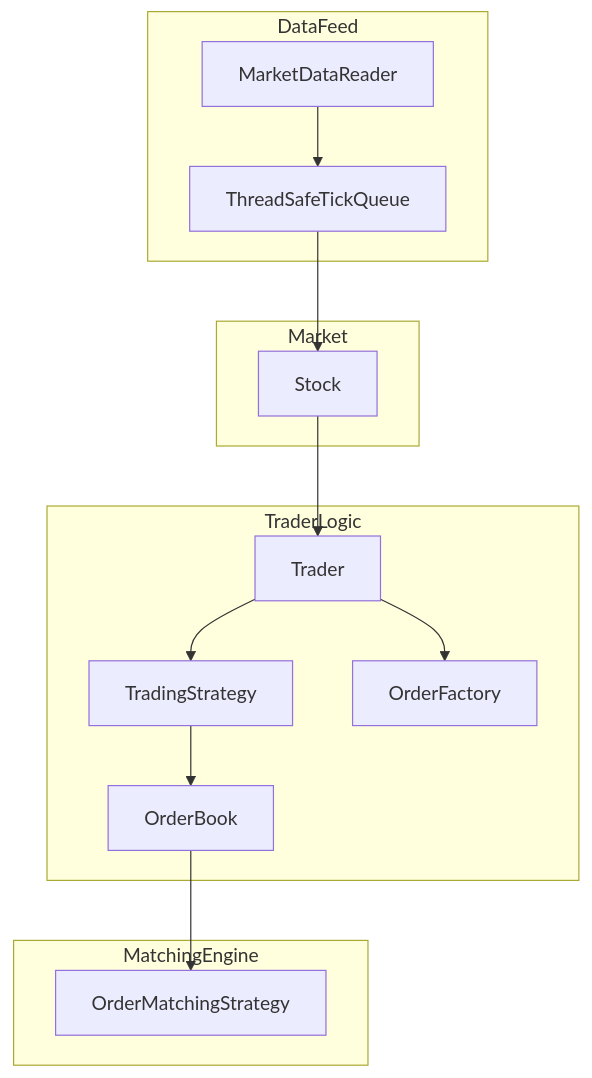
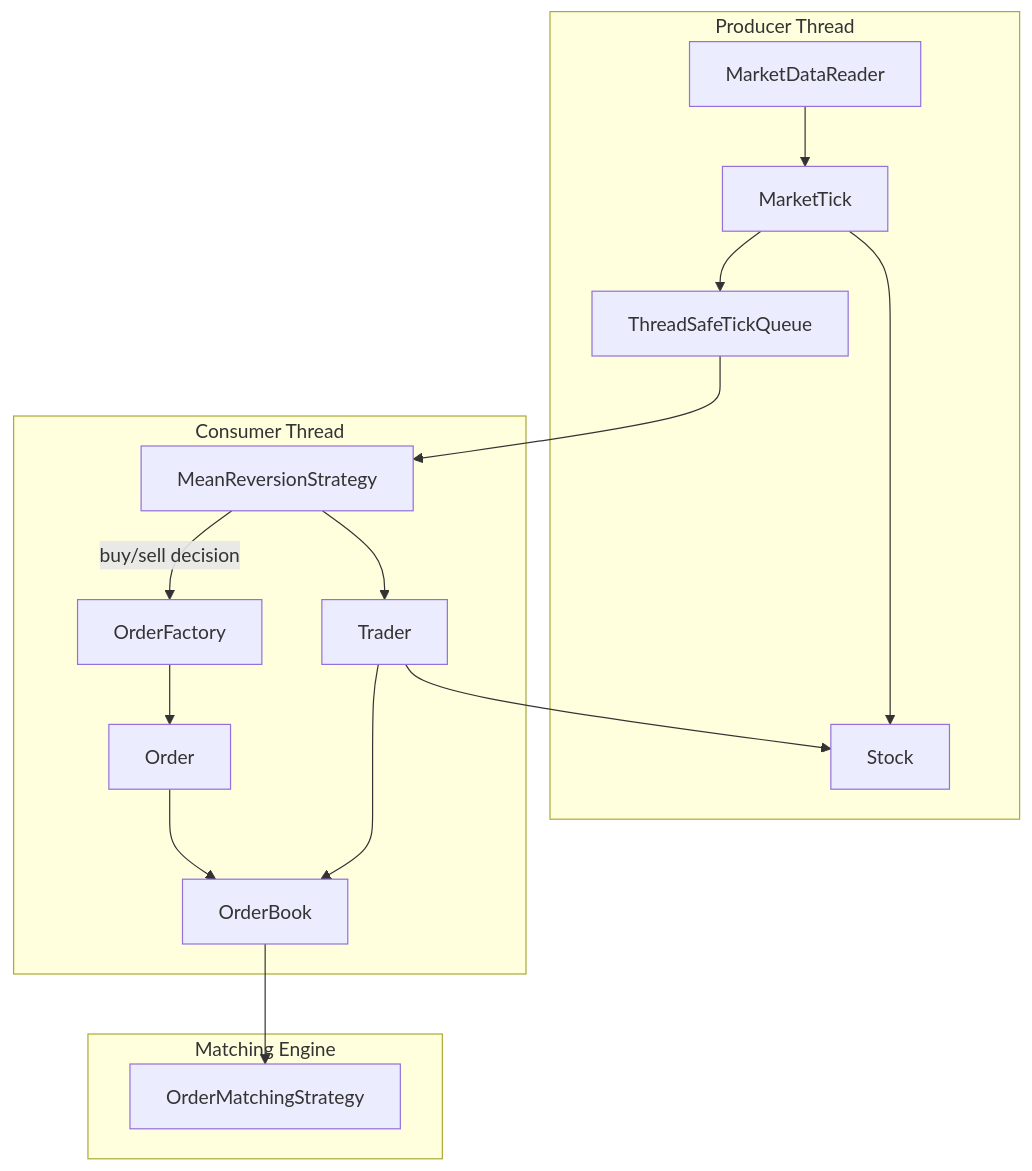
One commit to ArjunXvarma/mini-quant-trading-engine changed the fifth of 5 diagrams in README.md. Above: the diagram before and after it, drawn with Mermaid. The commit also changed other lines of this file, not shown here.

````diff
--- a/README.md
+++ b/README.md
@@ -271,21 +277,25 @@
 ```mermaid
 flowchart TD
-    subgraph DataFeed
-        MDR[MarketDataReader] --> TSTQ[ThreadSafeTickQueue]
+%% THREADS
+    subgraph Producer Thread
+        MDR[MarketDataReader] --> TICK[MarketTick]
+        TICK --> STK[Stock]
+        TICK --> TSTQ[ThreadSafeTickQueue]
     end
 
-    subgraph Market
-        TSTQ --> STK[Stock]
+    subgraph Consumer Thread
+        TSTQ --> STRAT[MeanReversionStrategy]
+        STRAT --> TRD[Trader]
+        STRAT -->|buy/sell decision| OF[OrderFactory]
+        OF --> OR[Order]
+        OR --> OB[OrderBook]
     end
 
-    subgraph TraderLogic
-        STK --> TRD[Trader]
-        TRD --> TS[TradingStrategy]
-        TS --> OB[OrderBook]
-        TRD --> OF[OrderFactory]
+    subgraph Matching Engine
+        OB --> MS[OrderMatchingStrategy]
     end
 
-    subgraph MatchingEngine
-        OB --> OMS[OrderMatchingStrategy]
-    end
+%% Static Links
+    TRD --> STK
+    TRD --> OB
 ```
````
